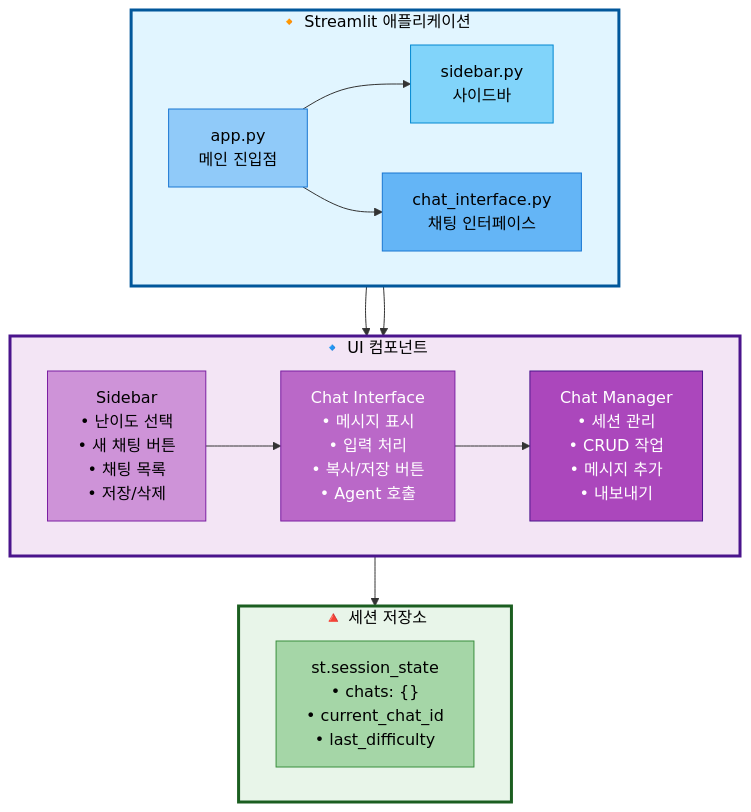
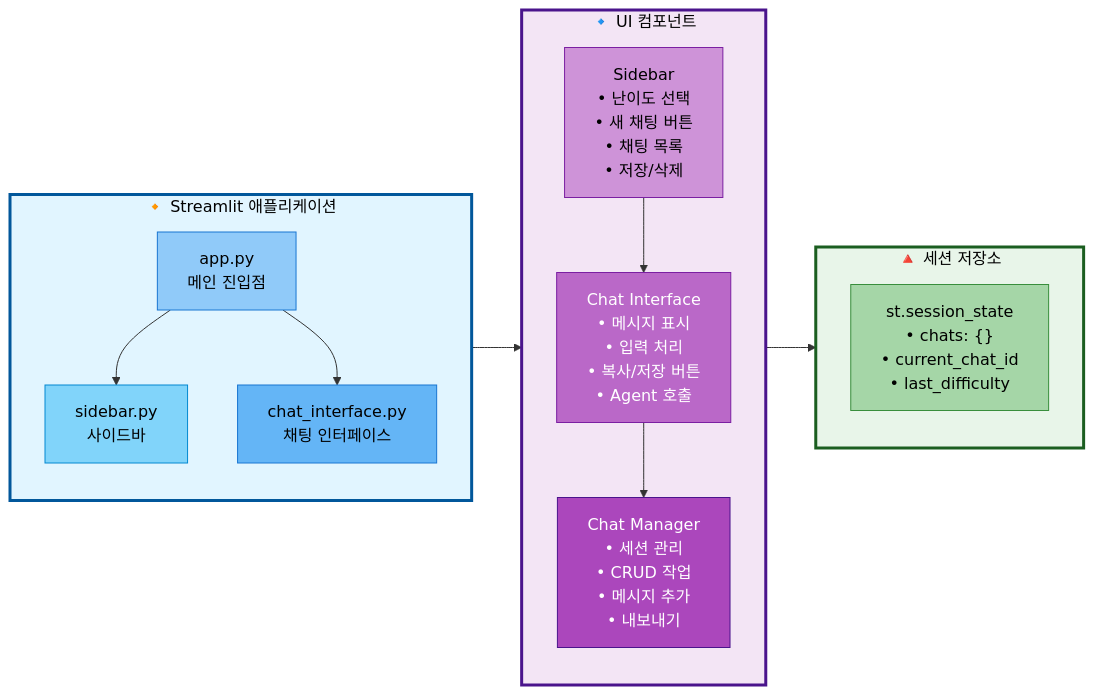
The first of 2 diagrams in docs/modularization/13_Streamlit_UI_시스템.md (AIBootcamp14/langchainproject-new-langchainproject_5), drawn with Mermaid before and after one commit.

Commit message:
docs: Streamlit 전체 구조 다이어그램 세로 길이 개선
LR+TB 방식 적용하여 세로 길이 문제 해결
- graph TB를 graph LR로 변경 (subgraph 가로 배치)
- 각 subgraph 내부를 direction TB로 변경 (세로 흐름)
- Subgraph 간 연결을 명시적으로 추가
- Material Design 색상 팔레트 유지

````diff
--- a/docs/modularization/13_Streamlit_UI_시스템.md
+++ b/docs/modularization/13_Streamlit_UI_시스템.md
@@ -45,41 +45,46 @@
 ```mermaid
-graph TB
+graph LR
     subgraph App["🔸 Streamlit 애플리케이션"]
-        direction LR
-        Main[app.py<br/>메인 진입점] --> Sidebar[sidebar.py<br/>사이드바]
-        Main --> ChatUI[chat_interface.py<br/>채팅 인터페이스]
+        direction TB
+        Main[app.py<br/>메인 진입점]
+        Sidebar[sidebar.py<br/>사이드바]
+        ChatUI[chat_interface.py<br/>채팅 인터페이스]
+        Main --> Sidebar
+        Main --> ChatUI
     end
 
     subgraph Components["🔹 UI 컴포넌트"]
-        direction LR
-        Sidebar2["Sidebar<br/>• 난이도 선택<br/>• 새 채팅 버튼<br/>• 채팅 목록<br/>• 저장/삭제"] --> ChatUI2["Chat Interface<br/>• 메시지 표시<br/>• 입력 처리<br/>• 복사/저장 버튼<br/>• Agent 호출"]
-        ChatUI2 --> Manager["Chat Manager<br/>• 세션 관리<br/>• CRUD 작업<br/>• 메시지 추가<br/>• 내보내기"]
+        direction TB
+        Sidebar2["Sidebar<br/>• 난이도 선택<br/>• 새 채팅 버튼<br/>• 채팅 목록<br/>• 저장/삭제"]
+        ChatUI2["Chat Interface<br/>• 메시지 표시<br/>• 입력 처리<br/>• 복사/저장 버튼<br/>• Agent 호출"]
+        Manager["Chat Manager<br/>• 세션 관리<br/>• CRUD 작업<br/>• 메시지 추가<br/>• 내보내기"]
+        Sidebar2 --> ChatUI2
+        ChatUI2 --> Manager
     end
 
     subgraph Storage["🔺 세션 저장소"]
-        direction LR
+        direction TB
         State["st.session_state<br/>• chats: {}<br/>• current_chat_id<br/>• last_difficulty"]
     end
 
-    Sidebar --> Sidebar2
-    ChatUI --> ChatUI2
-    Manager --> State
+    App --> Components
+    Components --> Storage
 
     %% Subgraph 스타일
     style App fill:#e1f5ff,stroke:#01579b,stroke-width:3px,color:#000
     style Components fill:#f3e5f5,stroke:#4a148c,stroke-width:3px,color:#000
     style Storage fill:#e8f5e9,stroke:#1b5e20,stroke-width:3px,color:#000
 
     %% 노드 스타일 (애플리케이션 - 파랑 계열)
     style Main fill:#90caf9,stroke:#1976d2,color:#000
     style Sidebar fill:#81d4fa,stroke:#0288d1,color:#000
     style ChatUI fill:#64b5f6,stroke:#1976d2,color:#000
 
     %% 노드 스타일 (컴포넌트 - 보라 계열)
     style Sidebar2 fill:#ce93d8,stroke:#7b1fa2,color:#000
     style ChatUI2 fill:#ba68c8,stroke:#7b1fa2,color:#fff
     style Manager fill:#ab47bc,stroke:#4a148c,color:#fff
 
     %% 노드 스타일 (저장소 - 녹색 계열)
     style State fill:#a5d6a7,stroke:#388e3c,color:#000
 ```
````
